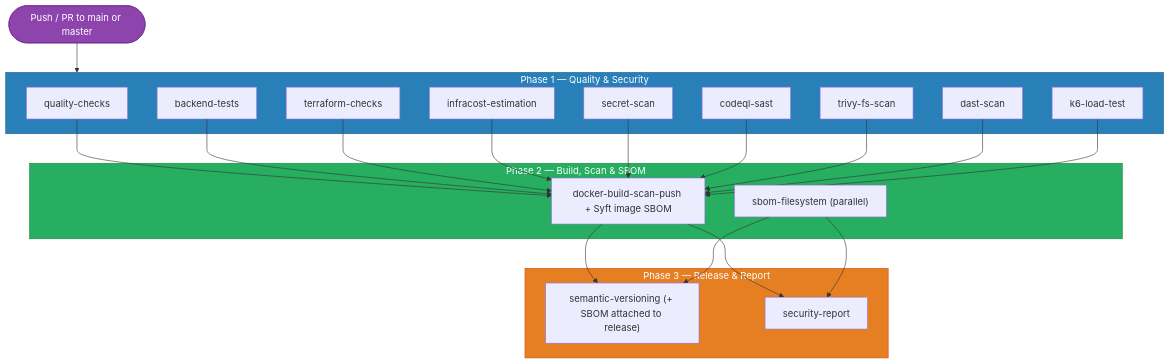
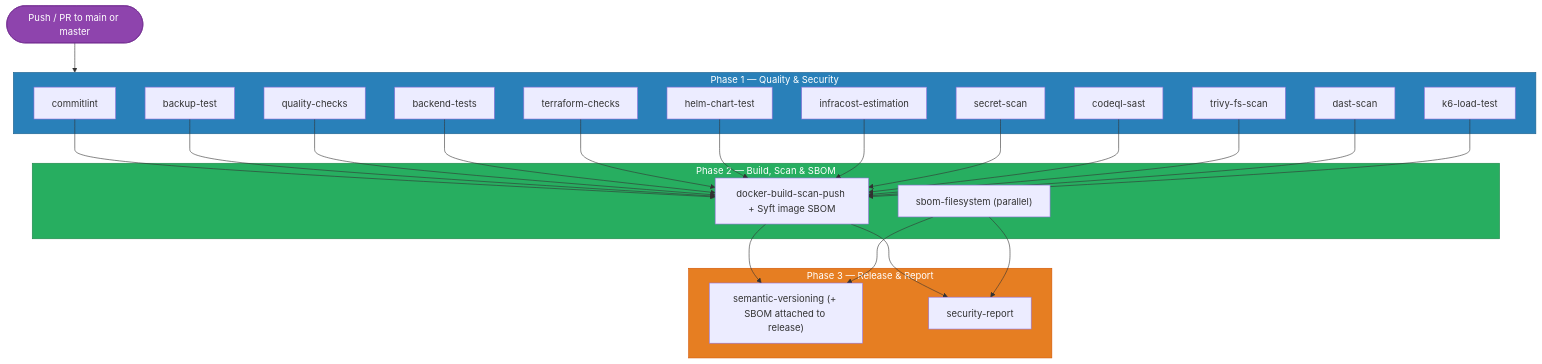
One commit to Kalpanapramodya97/consistium changed the diagram in docs/devops/unified-pipeline.md. Above: the diagram before and after it, drawn with Mermaid. The commit also changed other lines of this file and 3 other files, not shown here.

Commit message:
feat(ci): add Helm chart validation job to CI/CD pipeline

````diff
--- a/docs/devops/unified-pipeline.md
+++ b/docs/devops/unified-pipeline.md
@@ -11,38 +11,41 @@
 ```mermaid
 flowchart TD
     trigger(["Push / PR to main or master"])
 
     subgraph phase1 ["Phase 1 — Quality & Security"]
+        cl["commitlint"]
+        bt["backup-test"]
         qc["quality-checks"]
-        bt["backend-tests"]
+        bk["backend-tests"]
         tc["terraform-checks"]
+        hc["helm-chart-test"]
         ie["infracost-estimation"]
         ss["secret-scan"]
         sast["codeql-sast"]
         fs["trivy-fs-scan"]
         dast["dast-scan"]
         k6["k6-load-test"]
     end
 
     subgraph phase2 ["Phase 2 — Build, Scan & SBOM"]
         docker["docker-build-scan-push + Syft image SBOM"]
         sbomfs["sbom-filesystem (parallel)"]
     end
 
     subgraph phase3 ["Phase 3 — Release & Report"]
         semver["semantic-versioning (+ SBOM attached to release)"]
         report["security-report"]
     end
 
     trigger --> phase1
-    qc & bt & tc & ie & ss & sast & fs & dast & k6 --> docker
+    cl & bt & qc & bk & tc & hc & ie & ss & sast & fs & dast & k6 --> docker
     docker --> semver
     sbomfs --> semver
     docker --> report
     sbomfs --> report
 
     style trigger fill:#8e44ad,stroke:#732d91,color:#fff
     style phase1 fill:#2980b9,stroke:#1f618d,color:#fff
     style phase2 fill:#27ae60,stroke:#1e8449,color:#fff
     style phase3 fill:#e67e22,stroke:#d35400,color:#fff
 ```
````
